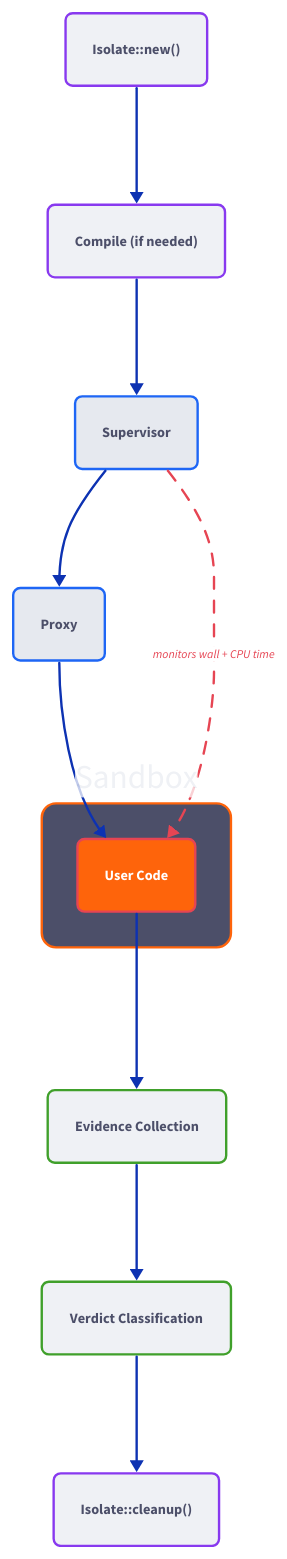
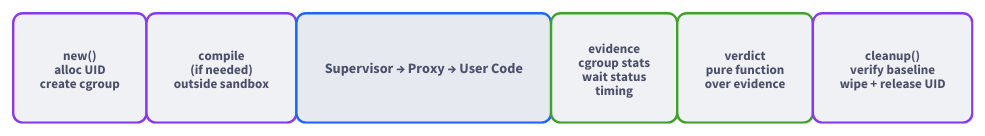
The diagram in docs-site/src/assets/diagrams/lifecycle.d2 (orkait/rustbox), drawn with D2 before and after one commit. The commit also changed 19 other files, not shown here.

```diff
--- a/docs-site/src/assets/diagrams/lifecycle.d2
+++ b/docs-site/src/assets/diagrams/lifecycle.d2
@@ -1,92 +1,60 @@
-direction: down
+grid-columns: 6
+grid-rows: 1
+grid-gap: 0
 
 setup: {
-  label: "Isolate::new()"
+  label: "new()\nalloc UID\ncreate cgroup"
   style.fill: "#eff1f5"
   style.stroke: "#8839ef"
   style.font-color: "#4c4f69"
-  style.border-radius: 6
-  style.font-size: 12
+  style.border-radius: 8
+  style.font-size: 11
 }
 
 compile: {
-  label: "Compile (if needed)"
+  label: "compile\n(if needed)\noutside sandbox"
   style.fill: "#eff1f5"
   style.stroke: "#8839ef"
   style.font-color: "#4c4f69"
-  style.border-radius: 6
-  style.font-size: 12
+  style.border-radius: 8
+  style.font-size: 11
 }
 
-supervisor: {
-  label: "Supervisor"
+sandbox: {
+  label: "Supervisor → Proxy → User Code"
   style.fill: "#e6e9ef"
   style.stroke: "#1e66f5"
   style.font-color: "#4c4f69"
-  style.border-radius: 6
+  style.border-radius: 8
   style.font-size: 12
-}
-
-proxy: {
-  label: "Proxy"
-  style.fill: "#e6e9ef"
-  style.stroke: "#1e66f5"
-  style.font-color: "#4c4f69"
-  style.border-radius: 6
-  style.font-size: 12
-}
-
-sandbox: {
-  label: "Sandbox"
-  style.fill: "#4c4f69"
-  style.stroke: "#fe640b"
-  style.font-color: "#eff1f5"
-  style.border-radius: 12
-
-  payload: {
-    label: "User Code"
-    style.fill: "#fe640b"
-    style.stroke: "#e64553"
-    style.font-color: "#ffffff"
-    style.border-radius: 6
-    style.font-size: 12
-    style.bold: true
-  }
+  style.bold: true
 }
 
 evidence: {
-  label: "Evidence Collection"
+  label: "evidence\ncgroup stats\nwait status\ntiming"
   style.fill: "#eff1f5"
   style.stroke: "#40a02b"
   style.font-color: "#4c4f69"
-  style.border-radius: 6
-  style.font-size: 12
+  style.border-radius: 8
+  style.font-size: 11
 }
 
 verdict: {
-  label: "Verdict Classification"
+  label: "verdict\npure function\nover evidence"
   style.fill: "#eff1f5"
   style.stroke: "#40a02b"
   style.font-color: "#4c4f69"
-  style.border-radius: 6
-  style.font-size: 12
+  style.border-radius: 8
+  style.font-size: 11
 }
 
 cleanup: {
-  label: "Isolate::cleanup()"
+  label: "cleanup()\nverify baseline\nwipe + release UID"
   style.fill: "#eff1f5"
   style.stroke: "#8839ef"
   style.font-color: "#4c4f69"
-  style.border-radius: 6
-  style.font-size: 12
+  style.border-radius: 8
+  style.font-size: 11
 }
 
-setup -> compile -> supervisor -> proxy -> sandbox.payload
-sandbox.payload -> evidence -> verdict -> cleanup
-
-supervisor -> sandbox.payload: "monitors wall + CPU time" {
-  style.stroke: "#e64553"
-  style.stroke-dash: 5
-  style.font-size: 10
-  style.font-color: "#e64553"
-}
+setup -> compile -> sandbox -> evidence -> verdict -> cleanup
```
